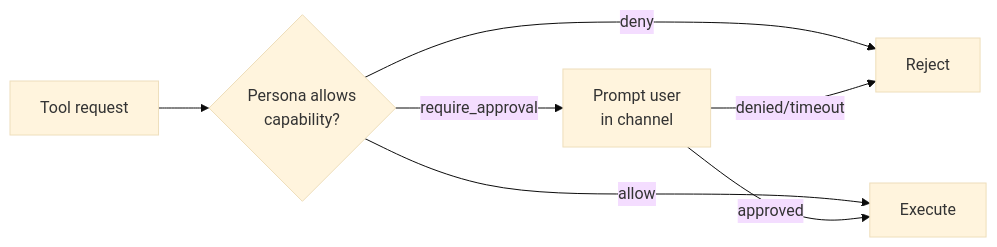
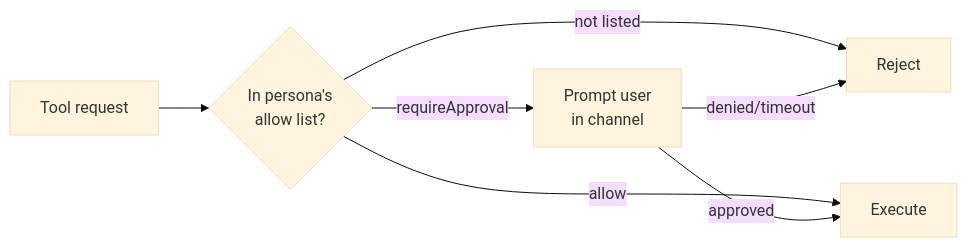
Before and after one commit to Haasie/talon: the third of 5 diagrams in README.md, drawn with Mermaid (base theme). The commit also changed other lines of this file, not shown here.

First line of the commit message:
docs: rewrite README to reflect current Agent SDK architecture

````diff
--- a/README.md
+++ b/README.md
@@ -499,9 +467,9 @@
 ```mermaid
 flowchart LR
-    A[Tool request] --> B{Persona allows<br/>capability?}
-    B -->|deny| C[Reject]
+    A[Tool request] --> B{In persona's<br/>allow list?}
+    B -->|not listed| C[Reject]
     B -->|allow| D[Execute]
-    B -->|require_approval| E[Prompt user<br/>in channel]
+    B -->|requireApproval| E[Prompt user<br/>in channel]
     E -->|approved| D
     E -->|denied/timeout| C
 ```
````
